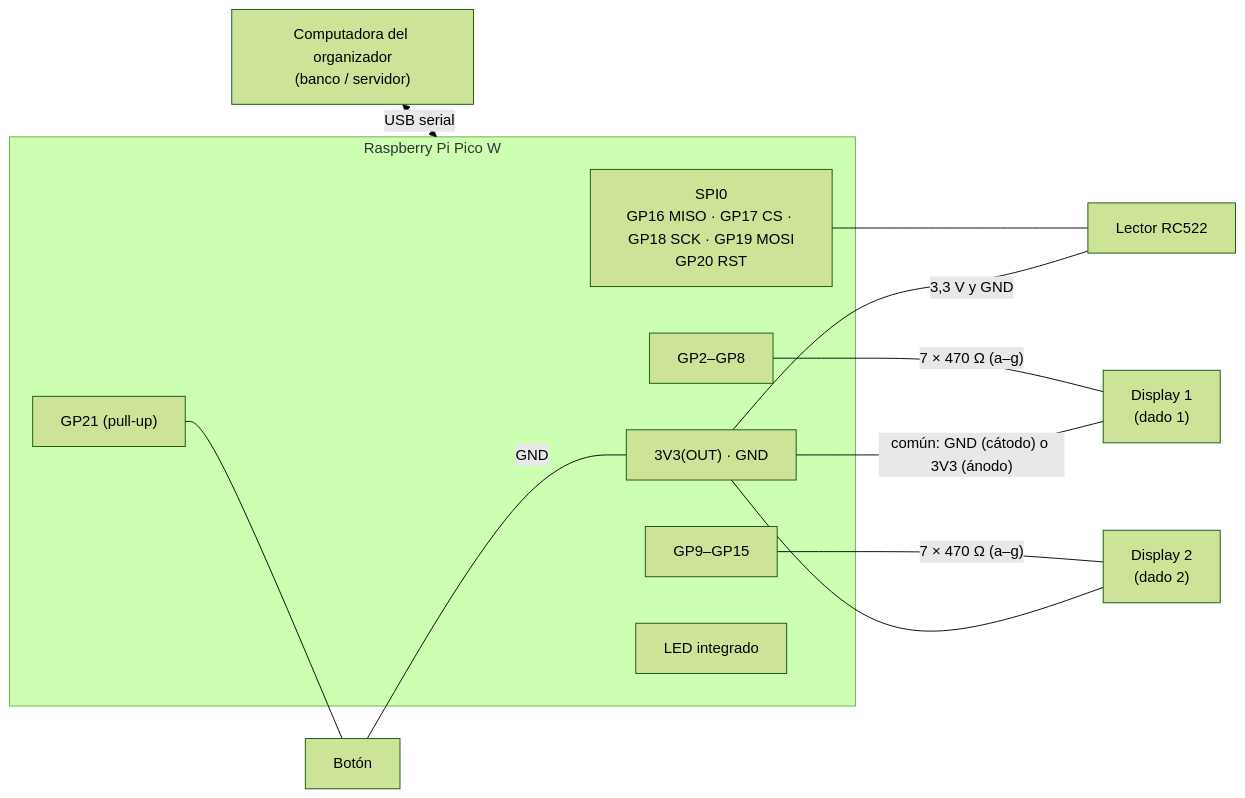
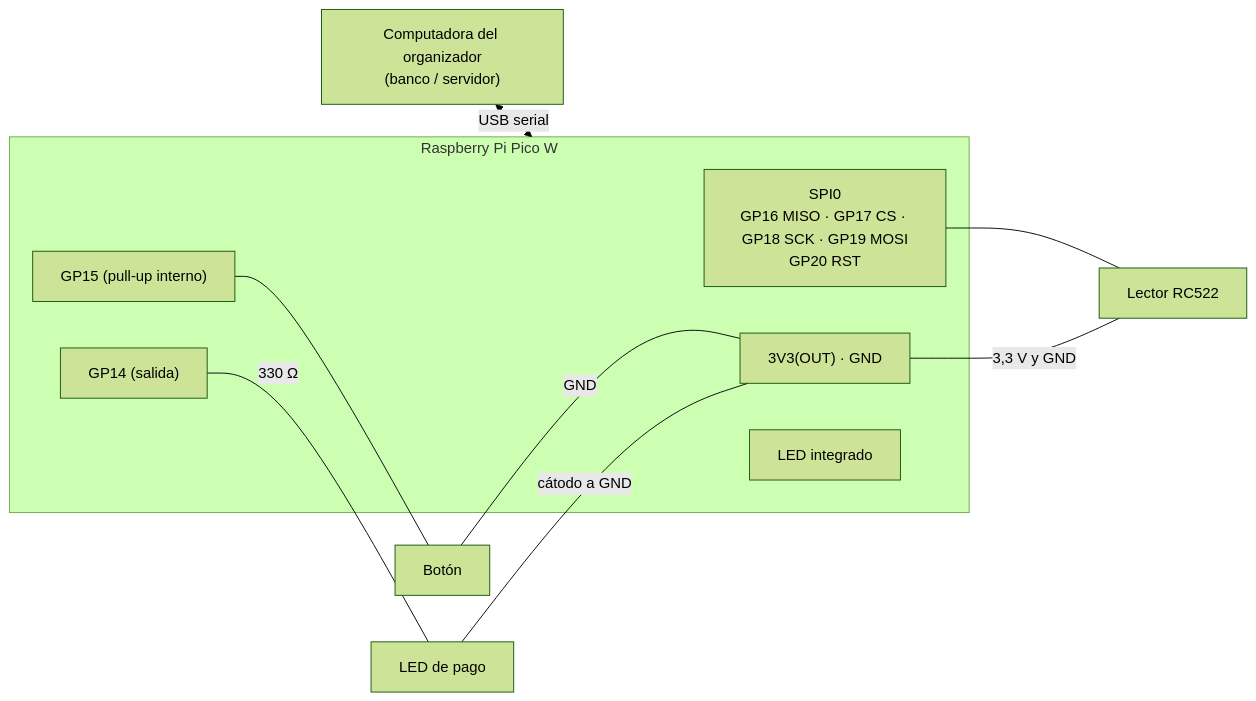
The diagram in hardware/README.md (Jason-Vargas/Monopoly), drawn with Mermaid (forest theme) before and after one commit. The commit also changed other lines of this file and 16 other files, not shown here.

Commit message:
Firmware Pico W: botón, lector RFID y LED de pago por serial

````diff
--- a/hardware/README.md
+++ b/hardware/README.md
@@ -93,21 +62,17 @@
 ```mermaid
 flowchart LR
     PC["Computadora del organizador<br/>(banco / servidor)"] <-->|USB serial| PICO
 
     subgraph PICO["Raspberry Pi Pico W"]
         SPI0["SPI0<br/>GP16 MISO · GP17 CS · GP18 SCK · GP19 MOSI<br/>GP20 RST"]
-        D1P["GP2–GP8"]
-        D2P["GP9–GP15"]
-        BTP["GP21 (pull-up)"]
-        V33["3V3(OUT) · GND"]
+        G15["GP15 (pull-up interno)"]
+        G14["GP14 (salida)"]
+        ALIM["3V3(OUT) · GND"]
         LED["LED integrado"]
     end
 
     SPI0 --- RC["Lector RC522"]
-    V33 ---|3,3 V y GND| RC
-    D1P ---|"7 × 470 Ω (a–g)"| D1["Display 1<br/>(dado 1)"]
-    D2P ---|"7 × 470 Ω (a–g)"| D2["Display 2<br/>(dado 2)"]
-    V33 ---|"común: GND (cátodo) o 3V3 (ánodo)"| D1
-    V33 --- D2
-    BTP --- BT["Botón"] ---|GND| V33
+    ALIM ---|3,3 V y GND| RC
+    G15 --- BT["Botón"] ---|GND| ALIM
+    G14 ---|330 Ω| LP["LED de pago"] ---|cátodo a GND| ALIM
 ```
````
